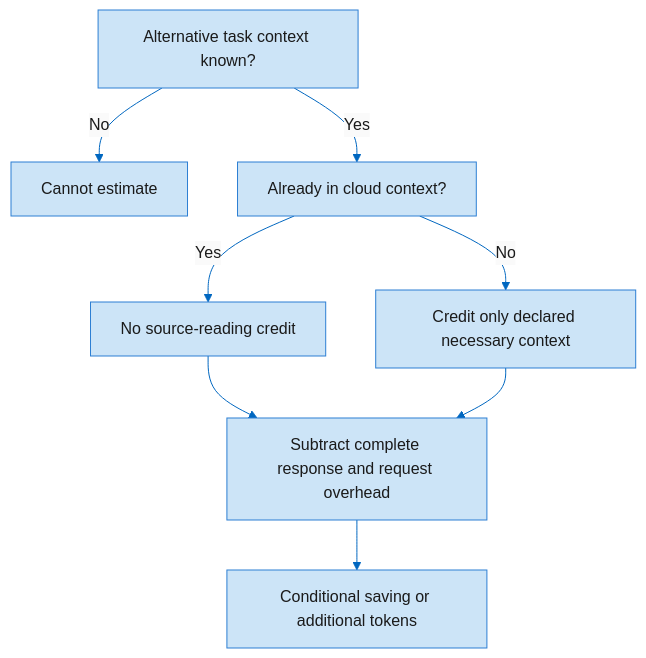
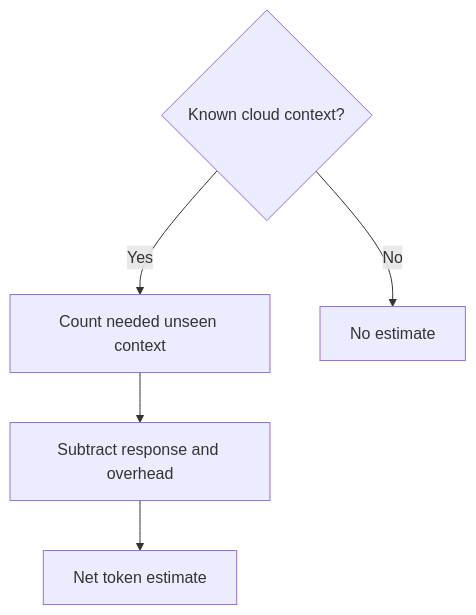
The diagram in docs/wiki/Token-estimates.md (MrAliev/local-ai-toolkit), drawn with Mermaid before and after one commit. The commit also changed other lines of this file and 30 other files, not shown here.

````diff
--- a/docs/wiki/Token-estimates.md
+++ b/docs/wiki/Token-estimates.md
@@ -9,21 +11,7 @@
 ```mermaid
----
-config:
-  theme: base
-  themeVariables:
-    primaryColor: "#CCE4F7"
-    primaryTextColor: "#1A1A1A"
-    primaryBorderColor: "#2D7FD3"
-    lineColor: "#0067C0"
-    secondaryColor: "#FAFAFA"
-    tertiaryColor: "#F3F3F3"
----
-flowchart TD
-  task["Alternative task context known?"] -->|No| unknown["Cannot estimate"]
-  task -->|Yes| seen["Already in cloud context?"]
-  seen -->|Yes| zero["No source-reading credit"]
-  seen -->|No| credit["Credit only declared necessary context"]
-  zero --> cost["Subtract complete response and request overhead"]
-  credit --> cost
-  cost --> result["Conditional saving or additional tokens"]
+flowchart TB
+  task{"Known cloud context?"} -->|Yes| credit["Count needed unseen context"]
+  task -->|No| unknown["No estimate"]
+  credit --> cost["Subtract response and overhead"]
+  cost --> result["Net token estimate"]
 ```
````
